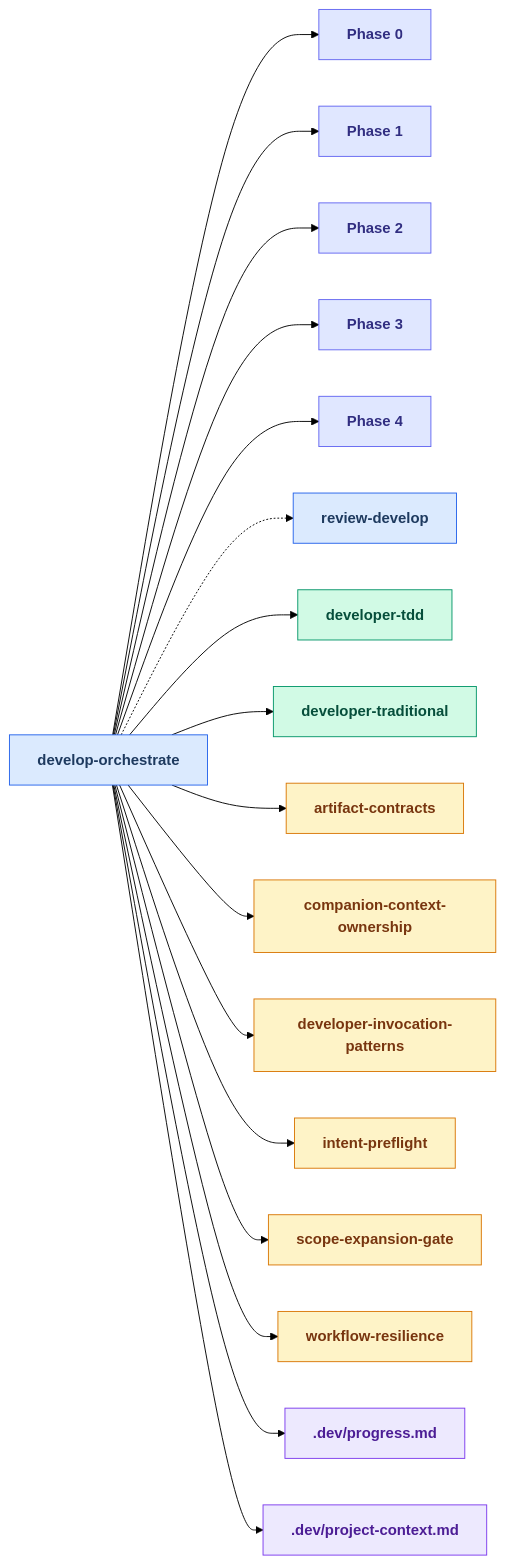
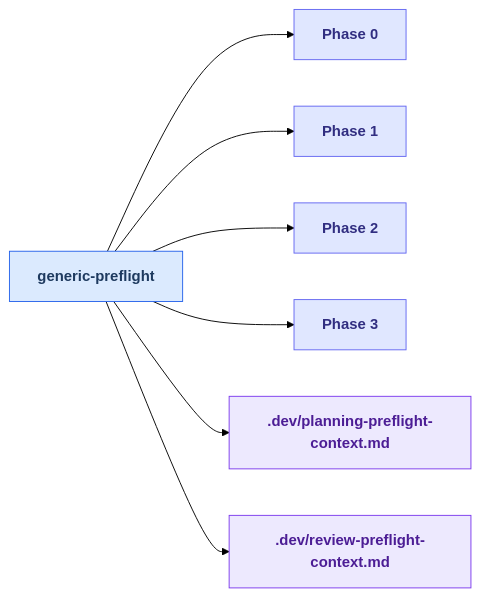
Before and after one commit to russell-laing/al-dev-shared: the ninth of 24 diagrams in docs/skills_map.md, drawn with Mermaid (forest theme). The commit also changed other lines of this file, not shown here.

First line of the commit message:
📝 docs(skills-map): sync Layer 2 drilldowns with current skill set

````diff
--- a/docs/skills_map.md
+++ b/docs/skills_map.md
@@ -517,61 +455,31 @@
 ```mermaid
 flowchart LR
     classDef skillNode fill:#dbeafe,stroke:#2563eb,color:#1e3a5f,font-weight:bold
     classDef agentNode fill:#d1fae5,stroke:#059669,color:#064e3b,font-weight:bold
     classDef knowledgeNode fill:#fef3c7,stroke:#d97706,color:#78350f,font-weight:bold
     classDef artifactNode fill:#ede9fe,stroke:#7c3aed,color:#4c1d95,font-weight:bold
     classDef phaseNode fill:#e0e7ff,stroke:#6366f1,color:#312e81,font-weight:bold
 
-    skill_develop_orchestrate[develop-orchestrate]
+    skill_generic_preflight[generic-preflight]
     Phase0["Phase 0"]
     Phase1["Phase 1"]
     Phase2["Phase 2"]
     Phase3["Phase 3"]
-    Phase4["Phase 4"]
-    skill_review_develop[review-develop]
-    agent_developer_tdd[developer-tdd]
-    agent_developer_traditional[developer-traditional]
-    knowledge_artifact_contracts_md[artifact-contracts]
-    knowledge_companion_context_ownership_md[companion-context-ownership]
-    knowledge_developer_invocation_patterns_md[developer-invocation-patterns]
-    knowledge_intent_preflight_md[intent-preflight]
-    knowledge_scope_expansion_gate_md[scope-expansion-gate]
-    knowledge_workflow_resilience_md[workflow-resilience]
-    artifact_progress_md[.dev/progress.md]
-    artifact_project_context_md[.dev/project-context.md]
+    artifact_planning_preflight_context_md[.dev/planning-preflight-context.md]
+    artifact_review_preflight_context_md[.dev/review-preflight-context.md]
 
-    skill_develop_orchestrate --> Phase0
-    skill_develop_orchestrate --> Phase1
-    skill_develop_orchestrate --> Phase2
-    skill_develop_orchestrate --> Phase3
-    skill_develop_orchestrate --> Phase4
-    skill_develop_orchestrate -.-> skill_review_develop
-    skill_develop_orchestrate --> agent_developer_tdd
-    skill_develop_orchestrate --> agent_developer_traditional
-    skill_develop_orchestrate --> knowledge_artifact_contracts_md
-    skill_develop_orchestrate --> knowledge_companion_context_ownership_md
-    skill_develop_orchestrate --> knowledge_developer_invocation_patterns_md
-    skill_develop_orchestrate --> knowledge_intent_preflight_md
-    skill_develop_orchestrate --> knowledge_scope_expansion_gate_md
-    skill_develop_orchestrate --> knowledge_workflow_resilience_md
-    skill_develop_orchestrate --> artifact_progress_md
-    skill_develop_orchestrate --> artifact_project_context_md
+    skill_generic_preflight --> Phase0
+    skill_generic_preflight --> Phase1
+    skill_generic_preflight --> Phase2
+    skill_generic_preflight --> Phase3
+    skill_generic_preflight --> artifact_planning_preflight_context_md
+    skill_generic_preflight --> artifact_review_preflight_context_md
 
-    class skill_develop_orchestrate skillNode
+    class skill_generic_preflight skillNode
     class Phase0 phaseNode
     class Phase1 phaseNode
     class Phase2 phaseNode
     class Phase3 phaseNode
-    class Phase4 phaseNode
-    class skill_review_develop skillNode
-    class agent_developer_tdd agentNode
-    class agent_developer_traditional agentNode
-    class knowledge_artifact_contracts_md knowledgeNode
-    class knowledge_companion_context_ownership_md knowledgeNode
-    class knowledge_developer_invocation_patterns_md knowledgeNode
-    class knowledge_intent_preflight_md knowledgeNode
-    class knowledge_scope_expansion_gate_md knowledgeNode
-    class knowledge_workflow_resilience_md knowledgeNode
-    class artifact_progress_md artifactNode
-    class artifact_project_context_md artifactNode
+    class artifact_planning_preflight_context_md artifactNode
+    class artifact_review_preflight_context_md artifactNode
 ```
````
